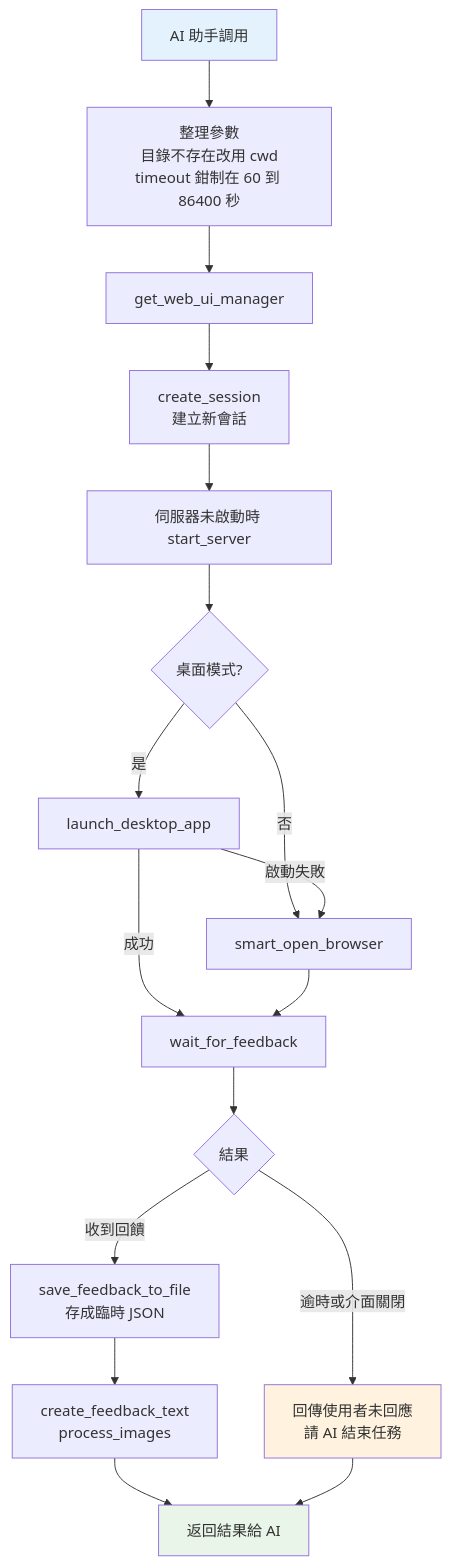
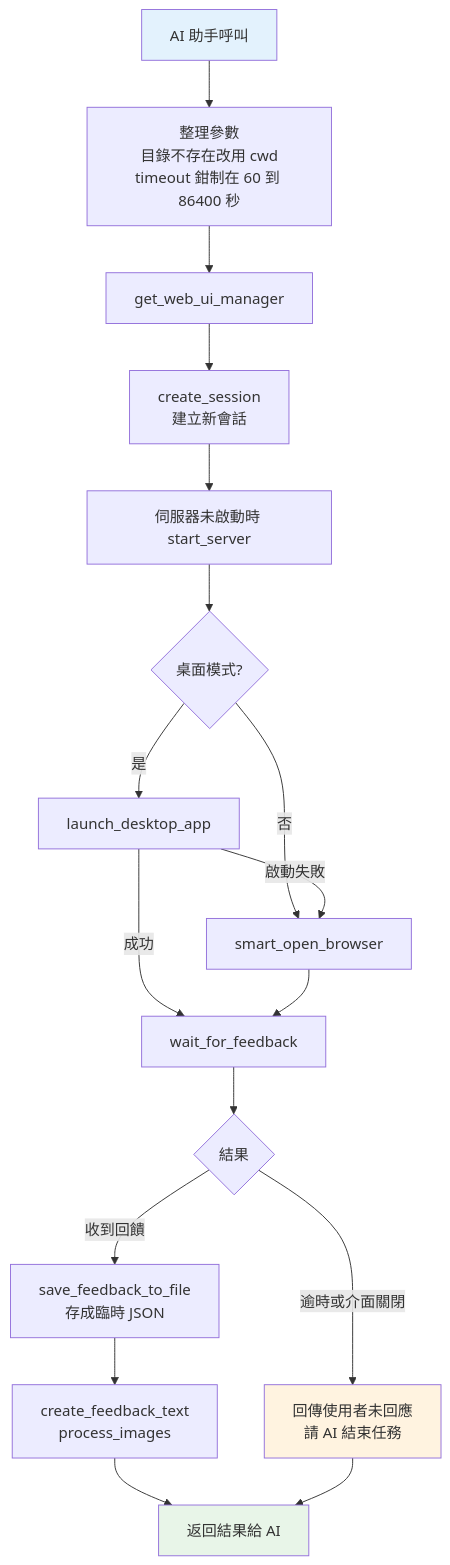
One commit to CloudEngineHub/mcp-feedback-enhanced changed the second of 12 diagrams in docs/architecture/component-details.md. Above: the diagram before and after it, drawn with Mermaid. The commit also changed other lines of this file, not shown here.

````diff
--- a/docs/architecture/component-details.md
+++ b/docs/architecture/component-details.md
@@ -143,23 +143,23 @@
 ```mermaid
 flowchart TD
-    START[AI 助手調用] --> VALIDATE[整理參數<br/>目錄不存在改用 cwd<br/>timeout 鉗制在 60 到 86400 秒]
+    START[AI 助手呼叫] --> VALIDATE[整理參數<br/>目錄不存在改用 cwd<br/>timeout 鉗制在 60 到 86400 秒]
     VALIDATE --> MANAGER[get_web_ui_manager]
     MANAGER --> SESSION[create_session<br/>建立新會話]
     SESSION --> LAUNCH[伺服器未啟動時 start_server]
     LAUNCH --> MODE{桌面模式?}
     MODE -->|是| DESKTOP[launch_desktop_app]
     MODE -->|否| BROWSER[smart_open_browser]
     DESKTOP -->|啟動失敗| BROWSER
     DESKTOP -->|成功| WAIT[wait_for_feedback]
     BROWSER --> WAIT
     WAIT --> RESULT{結果}
     RESULT -->|收到回饋| SAVE[save_feedback_to_file<br/>存成臨時 JSON]
     RESULT -->|逾時或介面關閉| NORESP[回傳使用者未回應<br/>請 AI 結束任務]
     SAVE --> PROCESS[create_feedback_text<br/>process_images]
     PROCESS --> RETURN[返回結果給 AI]
     NORESP --> RETURN
 
     style START fill:#e3f2fd
     style RETURN fill:#e8f5e8
     style NORESP fill:#fff3e0
 ```
````
